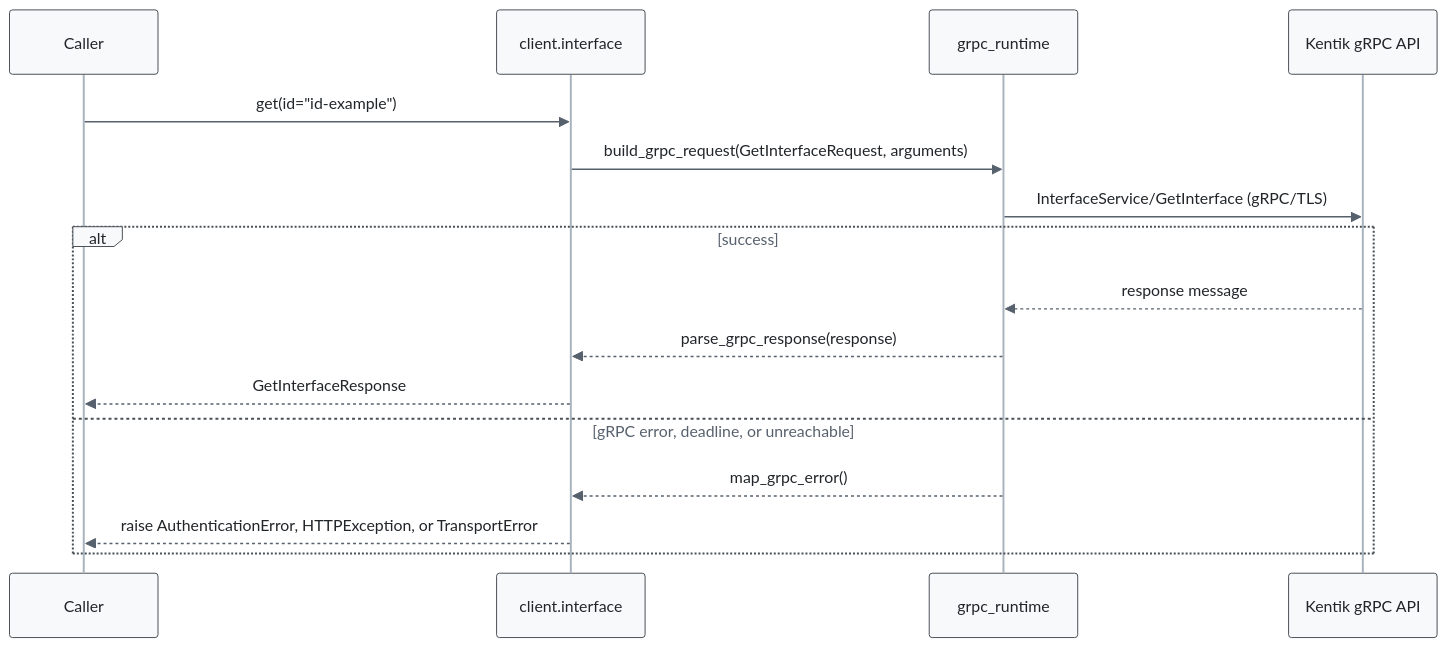
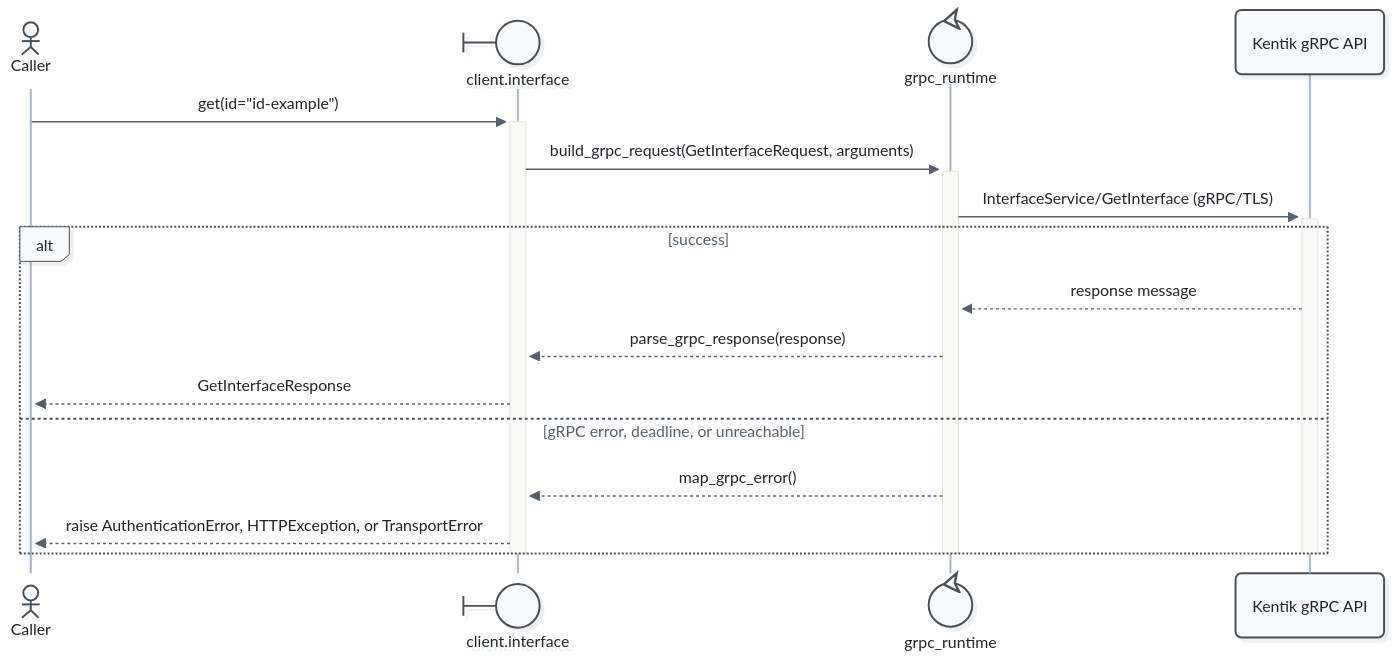
One commit to alexdearaujo/community_sdk_python changed the sixth of 13 diagrams in docs/sphinx/services/interface.md. Above: the diagram before and after it, drawn with Mermaid. The commit also changed other lines of this file and 52 other files, not shown here.

First line of the commit message:
docs: Mermaid 12 sequence diagrams with participant types and path colors

````diff
--- a/docs/sphinx/services/interface.md
+++ b/docs/sphinx/services/interface.md
@@ -216,20 +228,23 @@
 ```mermaid
-%%{init: {"theme": "base", "fontFamily": "ui-monospace, SFMono-Regular, Menlo, monospace", "themeVariables": {"fontFamily": "ui-monospace, SFMono-Regular, Menlo, monospace", "primaryColor": "#f8f9fa", "primaryBorderColor": "#495057", "primaryTextColor": "#212529", "textColor": "#212529", "lineColor": "#77818c", "edgeLabelBackground": "#ffffff", "actorBkg": "#f8f9fa", "actorBorder": "#495057", "actorTextColor": "#212529", "actorLineColor": "#a9b3be", "signalColor": "#57616d", "signalTextColor": "#212529", "labelBoxBkgColor": "#f8f9fa", "labelBoxBorderColor": "#495057", "labelTextColor": "#212529", "loopTextColor": "#57616d", "noteBkgColor": "#fff9db", "noteBorderColor": "#f08c00", "noteTextColor": "#a35a00"}, "flowchart": {"curve": "step", "nodeSpacing": 30, "rankSpacing": 70, "wrappingWidth": 400}}}%%
+%%{init: {"theme": "redux", "look": "neo", "layout": "dagre", "fontFamily": "ui-monospace, SFMono-Regular, Menlo, monospace", "themeVariables": {"fontFamily": "ui-monospace, SFMono-Regular, Menlo, monospace", "primaryColor": "#f8f9fa", "primaryBorderColor": "#495057", "primaryTextColor": "#212529", "textColor": "#212529", "lineColor": "#77818c", "edgeLabelBackground": "#ffffff", "actorBkg": "#f8f9fa", "actorBorder": "#495057", "actorTextColor": "#212529", "actorLineColor": "#a9b3be", "signalColor": "#57616d", "signalTextColor": "#212529", "labelBoxBkgColor": "#f8f9fa", "labelBoxBorderColor": "#495057", "labelTextColor": "#212529", "loopTextColor": "#57616d", "noteBkgColor": "#fff9db", "noteBorderColor": "#f08c00", "noteTextColor": "#a35a00"}, "sequence": {"activationWidth": 16}, "flowchart": {"curve": "step", "nodeSpacing": 30, "rankSpacing": 70, "wrappingWidth": 400}}}%%
 sequenceDiagram
-    participant C as Caller
-    participant W as client.interface
-    participant R as grpc_runtime
+    actor C as Caller
+    participant W@{ "type": "boundary" } as client.interface
+    participant R@{ "type": "control" } as grpc_runtime
     participant API as Kentik gRPC API
 
-    C->>W: get(id="id-example")
-    W->>R: build_grpc_request(GetInterfaceRequest, arguments)
-    R->>API: InterfaceService/GetInterface (gRPC/TLS)
+    C->>+W: get(id="id-example")
+    W->>+R: build_grpc_request(GetInterfaceRequest, arguments)
+    R->>+API: InterfaceService/GetInterface (gRPC/TLS)
     alt success
         API-->>R: response message
         R-->>W: parse_grpc_response(response)
         W-->>C: GetInterfaceResponse
     else gRPC error, deadline, or unreachable
         R-->>W: map_grpc_error()
         W-->>C: raise AuthenticationError, HTTPException, or TransportError
     end
+    deactivate API
+    deactivate R
+    deactivate W
 ```
````
